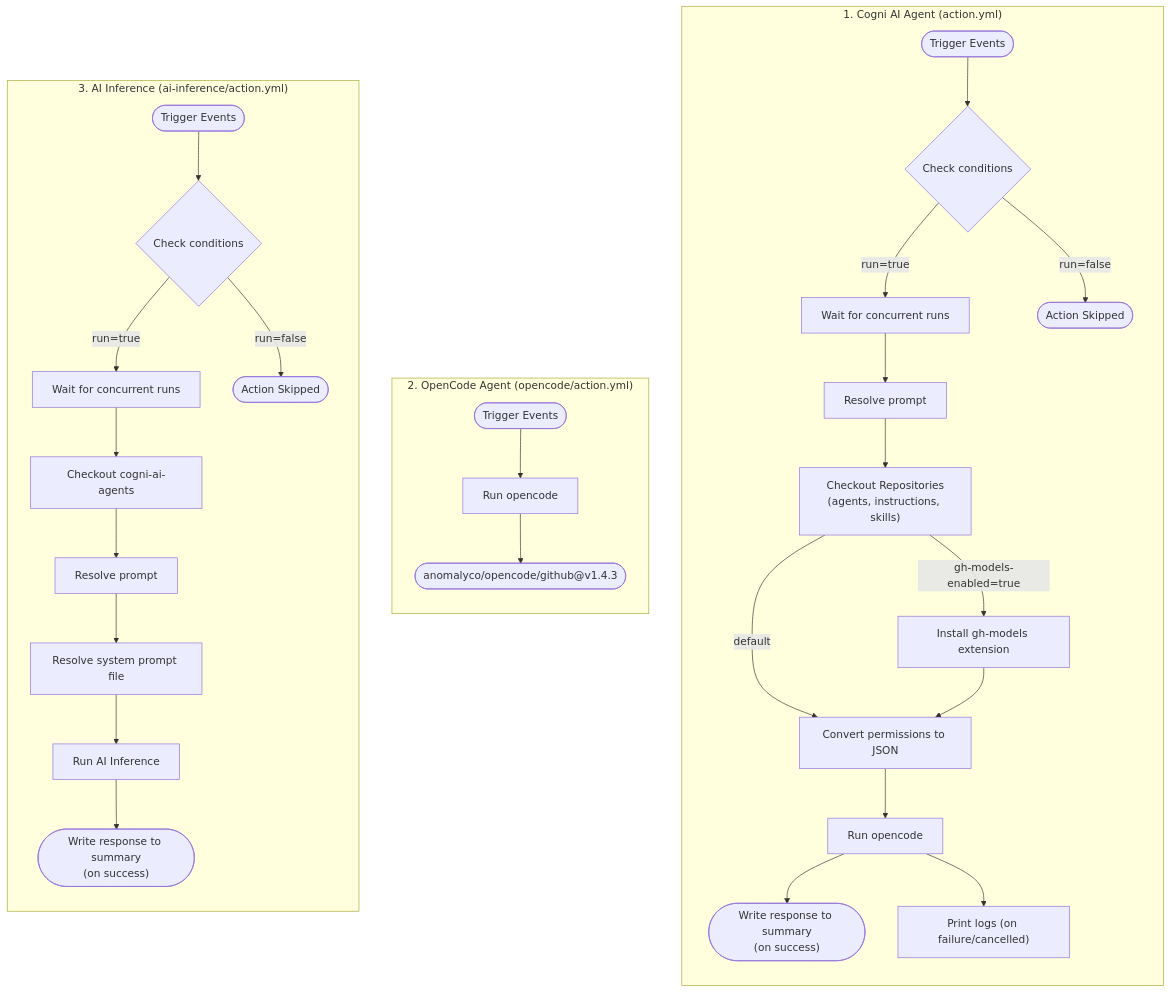
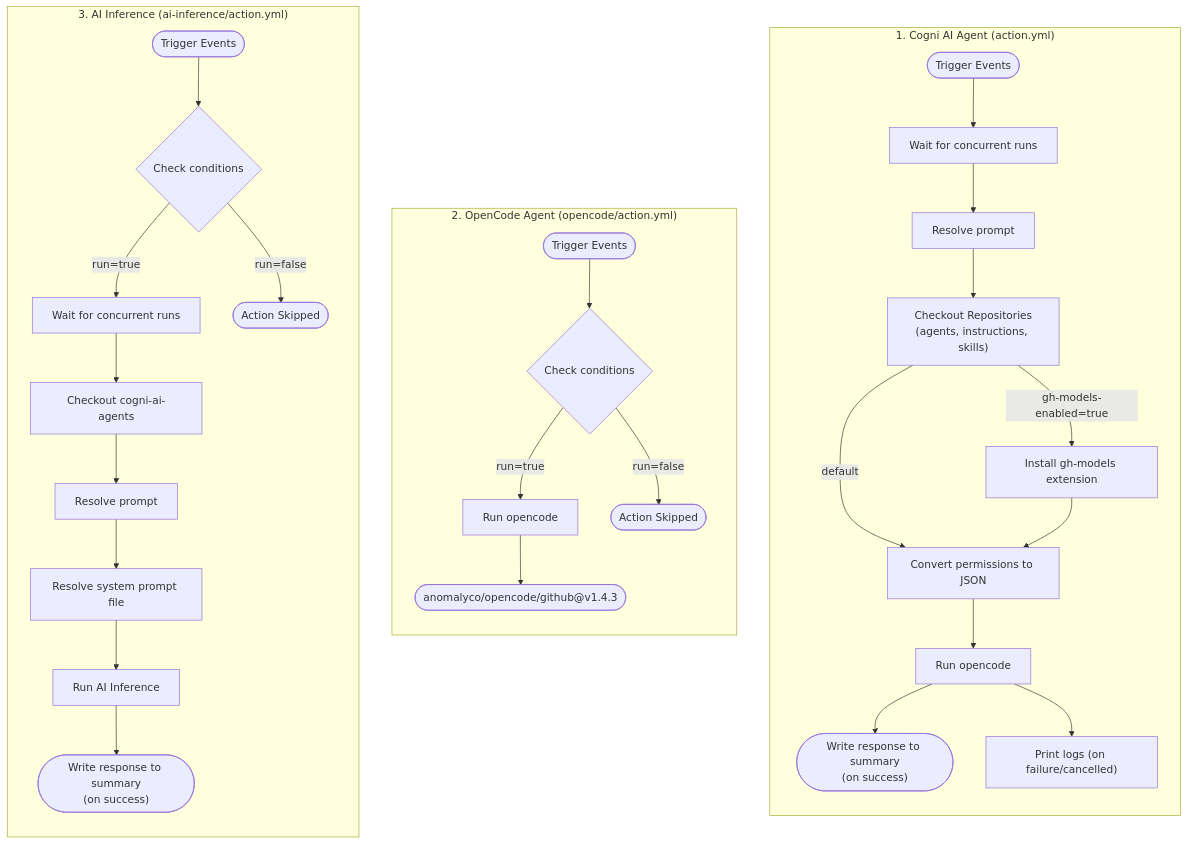
One commit to Cogni-AI-OU/cogni-ai-agent-action changed the diagram in FLOWS.mmd. Above: the diagram before and after it, drawn with Mermaid. The commit also changed 1 other file, not shown here.

Commit message:
Update FLOWS & AGENTS.md for PR #164

```diff
--- a/FLOWS.mmd
+++ b/FLOWS.mmd
@@ -1,47 +1,47 @@
 flowchart TD
     %% --------------------------------------------------------
     %% 1. Cogni AI Agent (action.yml)
     %% --------------------------------------------------------
     subgraph Flow_Cogni_AI_Agent ["1. Cogni AI Agent (action.yml)"]
         direction TB
-        A1([Trigger Events]) --> A2{Check conditions}
-        A2 -- "run=true" --> A3["Wait for concurrent runs"]
-        A2 -- "run=false" --> A_EndSkip([Action Skipped])
+        A1([Trigger Events]) --> A3["Wait for concurrent runs"]
 
         A3 --> A4["Resolve prompt"]
         A4 --> A5["Checkout Repositories<br/>(agents, instructions, skills)"]
 
         A5 -- "gh-models-enabled=true" --> A6["Install gh-models extension"]
         A5 -- "default" --> A7["Convert permissions to JSON"]
         A6 --> A7
 
         A7 --> A8["Run opencode"]
 
         A8 --> A9(["Write response to summary<br/>(on success)"])
         A8 --> A10["Print logs (on failure/cancelled)"]
     end
 
     %% --------------------------------------------------------
     %% 2. OpenCode Agent (opencode/action.yml)
     %% --------------------------------------------------------
     subgraph Flow_OpenCode_Agent ["2. OpenCode Agent (opencode/action.yml)"]
         direction TB
-        O1([Trigger Events]) --> O2["Run opencode"]
-        O2 --> O3(["anomalyco/opencode/github@v1.4.3"])
+        O1([Trigger Events]) --> O2{Check conditions}
+        O2 -- "run=true" --> O3["Run opencode"]
+        O2 -- "run=false" --> O_EndSkip([Action Skipped])
+        O3 --> O4(["anomalyco/opencode/github@v1.4.3"])
     end
 
     %% --------------------------------------------------------
     %% 3. AI Inference (ai-inference/action.yml)
     %% --------------------------------------------------------
     subgraph Flow_AI_Inference ["3. AI Inference (ai-inference/action.yml)"]
         direction TB
         I1([Trigger Events]) --> I2{Check conditions}
         I2 -- "run=true" --> I3["Wait for concurrent runs"]
         I2 -- "run=false" --> I_EndSkip([Action Skipped])
 
         I3 --> I4["Checkout cogni-ai-agents"]
         I4 --> I5["Resolve prompt"]
         I5 --> I6["Resolve system prompt file"]
         I6 --> I7["Run AI Inference"]
         I7 --> I8(["Write response to summary<br/>(on success)"])
     end
```
